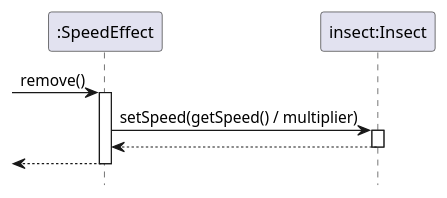
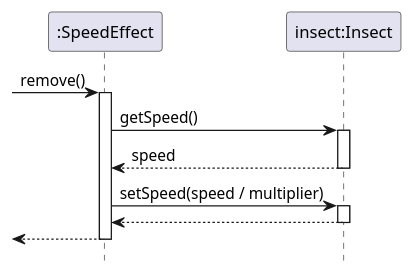
One commit to ZD4ve/projlab-error521 changed the diagram in SpeedEffect/wearoff.pu. Above: the diagram before and after it, drawn with PlantUML. The commit also changed 3 other files, not shown here.

```diff
--- a/SpeedEffect/wearoff.pu
+++ b/SpeedEffect/wearoff.pu
@@ -1,16 +1,20 @@
 @startuml SpeedEffect/wearoff
 hide footbox
 
 participant ":SpeedEffect" as effect
 participant "insect:Insect" as target
 
 -> effect : remove()
 activate effect
 
-effect -> target : setSpeed(getSpeed() / multiplier)
+effect -> target : getSpeed()
+activate target
+return speed
+
+effect -> target : setSpeed(speed / multiplier)
 activate target
 return
 
 return
 
 @enduml
```
